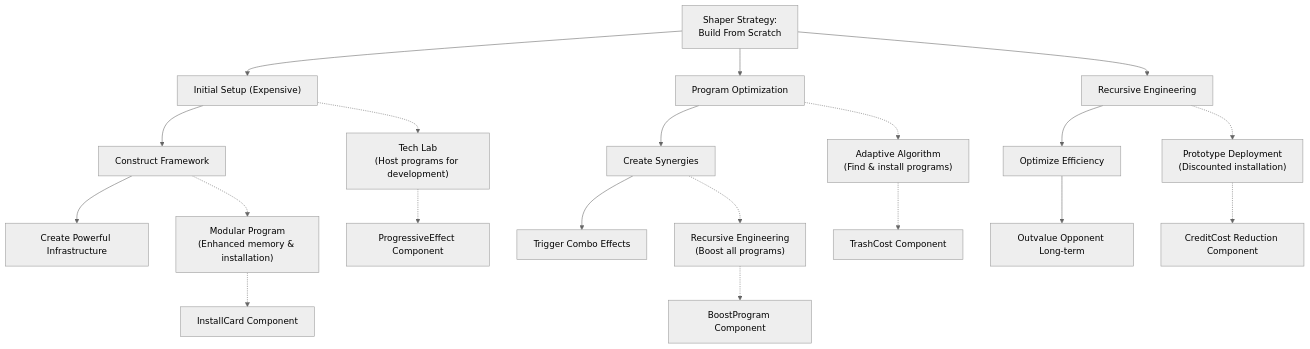
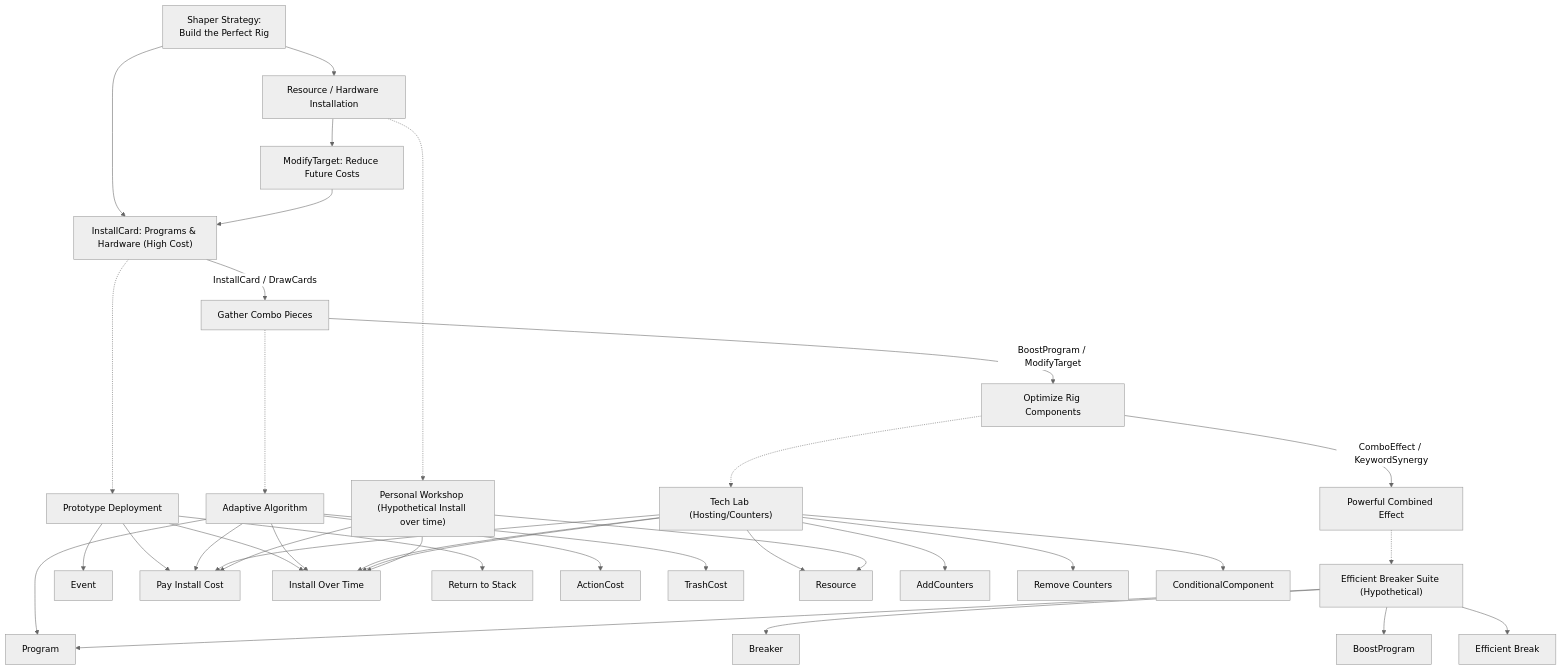
One commit to twilwa/MoreRunner changed the third of 4 diagrams in component_relationship_matrix.md. Above: the diagram before and after it, drawn with Mermaid (neutral theme). The commit also changed other lines of this file and 5 other files, not shown here.

````diff
--- a/component_relationship_matrix.md
+++ b/component_relationship_matrix.md
@@ -197,28 +186,25 @@
 ```mermaid
 graph TD
-    ShaperStrategy["Shaper Strategy:\nBuild From Scratch"] --> Setup["Initial Setup (Expensive)"]
-    Setup --> ConstructFramework["Construct Framework"]
-    ConstructFramework --> PowerfulInfrastructure["Create Powerful Infrastructure"]
-    
-    ShaperStrategy --> Optimization["Program Optimization"] 
-    Optimization --> Synergies["Create Synergies"]
-    Synergies --> ComboEffects["Trigger Combo Effects"]
-    
-    ShaperStrategy --> Recursion["Recursive Engineering"]
-    Recursion --> Efficiency["Optimize Efficiency"]
-    Efficiency --> OutvalueOpponent["Outvalue Opponent Long-term"]
-    
-    %% Key cards and components
-    Setup -.-> TechLab["Tech Lab\n(Host programs for development)"]
-    ConstructFramework -.-> ModularProgram["Modular Program\n(Enhanced memory & installation)"]
-    Optimization -.-> AdaptiveAlgorithm["Adaptive Algorithm\n(Find & install programs)"]
-    Synergies -.-> RecursiveEngineering["Recursive Engineering\n(Boost all programs)"]
-    Recursion -.-> PrototypeDeployment["Prototype Deployment\n(Discounted installation)"]
-    
-    %% Components used
-    TechLab -.-> ProgressiveEffect["ProgressiveEffect Component"]
-    ModularProgram -.-> InstallCard["InstallCard Component"]
-    AdaptiveAlgorithm -.-> TrashCost["TrashCost Component"]
-    RecursiveEngineering -.-> BoostProgram["BoostProgram Component"]
-    PrototypeDeployment -.-> CreditCost["CreditCost Reduction Component"]
+    ShaperStrategy["Shaper Strategy:\nBuild the Perfect Rig"] --> SetupPhase["InstallCard: Programs & Hardware (High Cost)"]
+    SetupPhase -- InstallCard / DrawCards --> AssemblePieces["Gather Combo Pieces"]
+    AssemblePieces -- BoostProgram / ModifyTarget --> EnhanceRig["Optimize Rig Components"]
+    EnhanceRig -- ComboEffect / KeywordSynergy --> ExecuteCombo["Powerful Combined Effect"]
+
+    ShaperStrategy --> EfficiencyEngine["Resource / Hardware Installation"]
+    EfficiencyEngine --> ReduceCosts["ModifyTarget: Reduce Future Costs"]
+    ReduceCosts --> SetupPhase
+
+    %% Key cards and components (Examples)
+    SetupPhase -.-> PrototypeDeployment["Prototype Deployment"]
+    AssemblePieces -.-> AdaptiveAlgorithm["Adaptive Algorithm"]
+    EnhanceRig -.-> TechLab["Tech Lab (Hosting/Counters)"]
+    ExecuteCombo -.-> CustomBreakerSuite["Efficient Breaker Suite (Hypothetical)"]
+    EfficiencyEngine -.-> PersonalWorkshop["Personal Workshop (Hypothetical Install over time)"]
+
+    %% Components Used
+    PrototypeDeployment --> Event; PrototypeDeployment --> CreditCost; PrototypeDeployment --> InstallCard; PrototypeDeployment --> ControlFlowComponent["Return to Stack"]
+    AdaptiveAlgorithm --> Program; AdaptiveAlgorithm --> CreditCost; AdaptiveAlgorithm --> ActionCost; AdaptiveAlgorithm --> TrashCost; AdaptiveAlgorithm --> InstallCard
+    TechLab --> Resource; TechLab --> CreditCost; TechLab --> InstallCard["Hosting"]; TechLab --> AddCounters; TechLab --> ModifyTarget["Remove Counters"]; TechLab --> ConditionalComponent; TechLab --> InstallCard["Forced Install"]
+    CustomBreakerSuite --> Program; CustomBreakerSuite --> Breaker; CustomBreakerSuite --> BoostProgram; CustomBreakerSuite --> BypassSecurity["Efficient Break"]
+    PersonalWorkshop --> Resource; PersonalWorkshop --> InstallCard["Install Over Time"]; PersonalWorkshop --> CreditCost["Pay Install Cost"]
 ```
````
